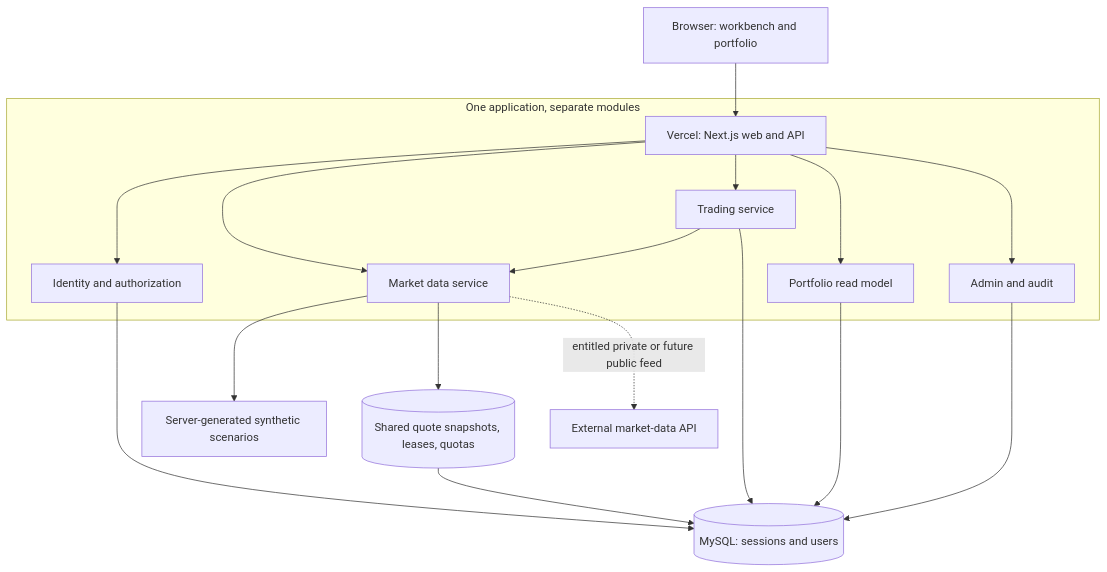
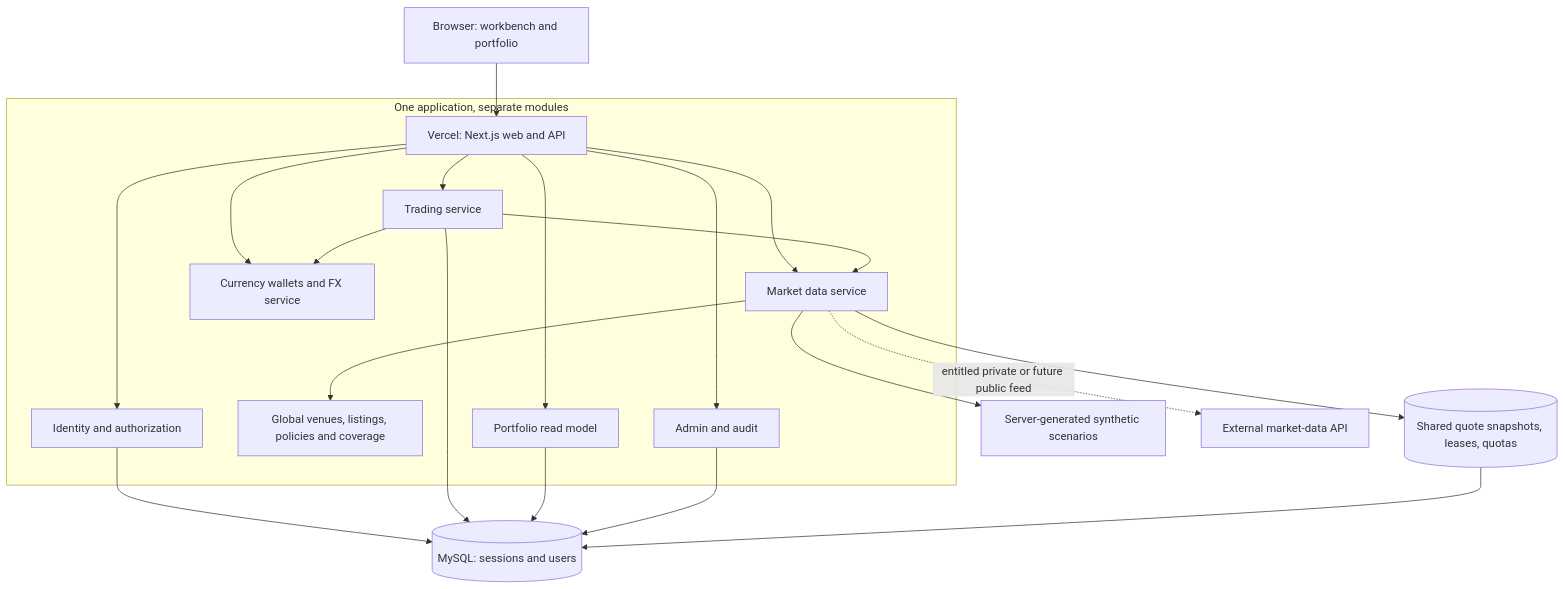
One commit to DuhItzAniket/TradeCrafters changed the first of 2 diagrams in docs/architecture/README.md. Above: the diagram before and after it, drawn with Mermaid. The commit also changed other lines of this file and 12 other files, not shown here.

````diff
--- a/docs/architecture/README.md
+++ b/docs/architecture/README.md
@@ -37,20 +39,23 @@
 ```mermaid
 flowchart TB
   B[Browser: workbench and portfolio] --> V[Vercel: Next.js web and API]
   subgraph App[One application, separate modules]
     V --> I[Identity and authorization]
     V --> M[Market data service]
+    M --> G[Global venues, listings, policies and coverage]
+    V --> X[Currency wallets and FX service]
     V --> T[Trading service]
     V --> P[Portfolio read model]
     V --> O[Admin and audit]
     T --> M
+    T --> X
   end
   I --> D[(MySQL: sessions and users)]
   T --> D
   P --> D
   O --> D
   M --> S[Server-generated synthetic scenarios]
   M --> C[(Shared quote snapshots, leases, quotas)]
   C --> D
   M -. entitled private or future public feed .-> E[External market-data API]
 ```
````
